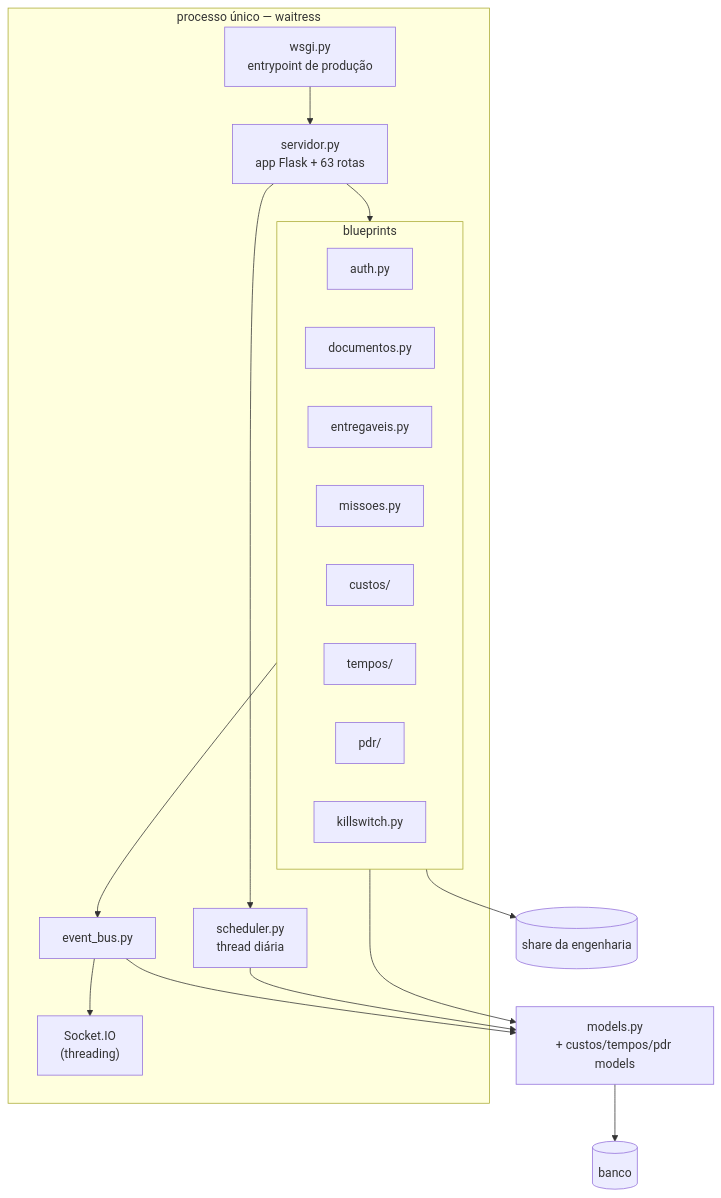
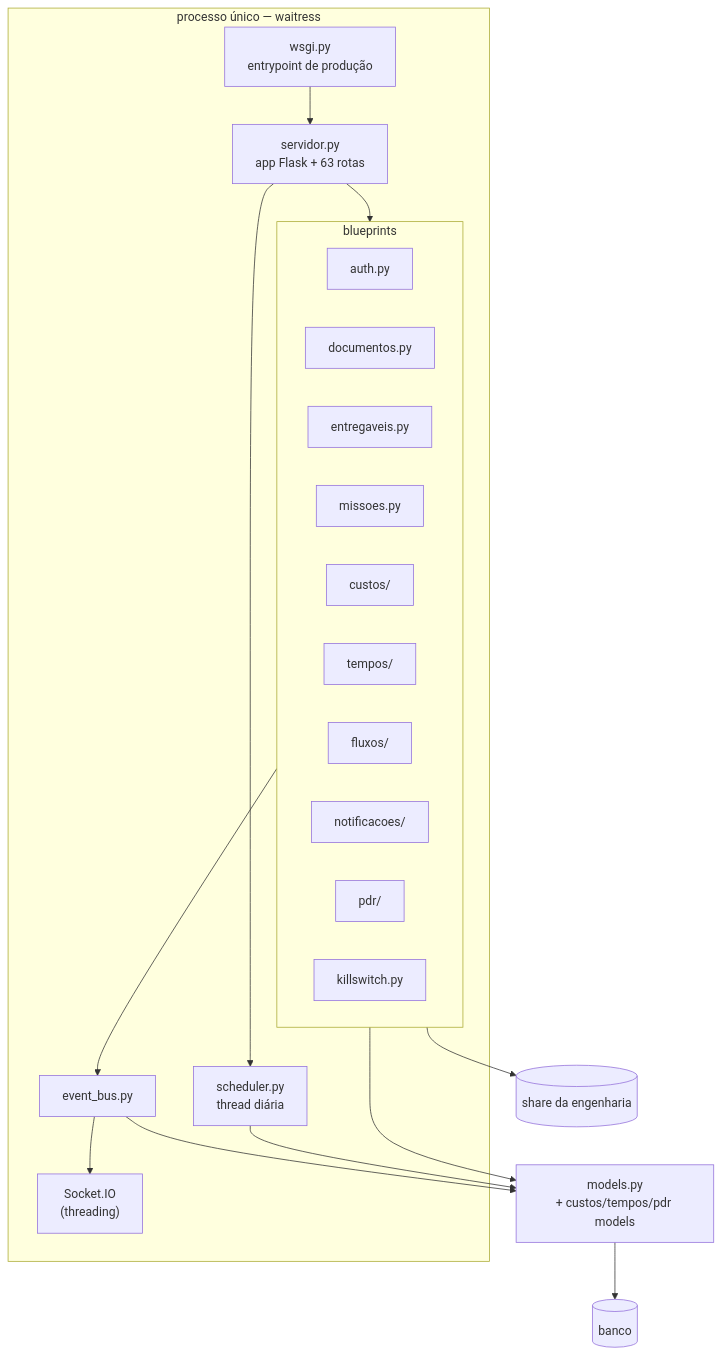
The second of 3 diagrams in docs/arquitetura/VISAO_GERAL.md (Melkbonfa/doctrack), drawn with Mermaid before and after one commit. The commit also changed other lines of this file and 10 other files, not shown here.

````diff
--- a/docs/arquitetura/VISAO_GERAL.md
+++ b/docs/arquitetura/VISAO_GERAL.md
@@ -53,31 +53,33 @@
 ```mermaid
 flowchart TB
     subgraph proc["processo único — waitress"]
         WS["wsgi.py<br/>entrypoint de produção"]
         APP["servidor.py<br/>app Flask + 63 rotas"]
         subgraph bps["blueprints"]
             AU["auth.py"]
             DOC["documentos.py"]
             ENT["entregaveis.py"]
             MIS["missoes.py"]
             CUS["custos/"]
             TEM["tempos/"]
+            FLX["fluxos/"]
+            NOT["notificacoes/"]
             PDR["pdr/"]
             KS["killswitch.py"]
         end
         EB["event_bus.py"]
         SIO["Socket.IO<br/>(threading)"]
         SCH["scheduler.py<br/>thread diária"]
     end
 
     MOD["models.py<br/>+ custos/tempos/pdr models"]
     DB[("banco")]
     FS[("share da engenharia")]
 
     WS --> APP --> bps
     bps --> EB --> SIO
     bps --> MOD --> DB
     EB --> MOD
     APP --> SCH --> MOD
     bps --> FS
 ```
````
